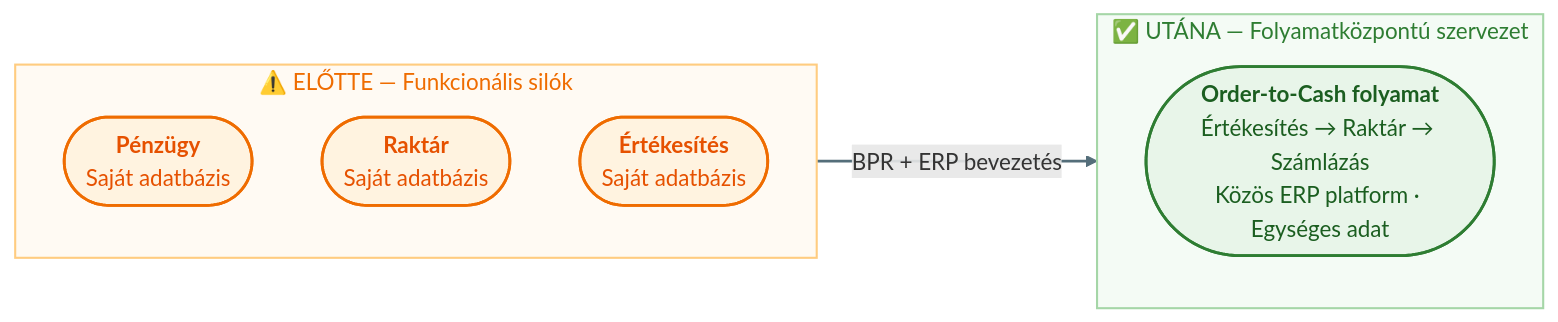
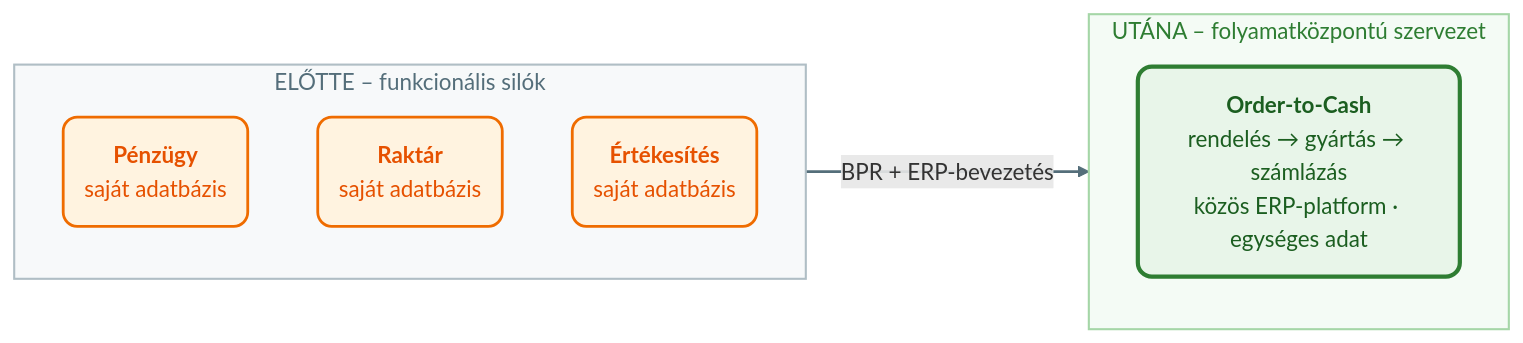
Before and after one commit to denespocsik/MM_BSC_Zarovizsga: the first of 2 diagrams in Tételek/V13-GMXIV2MBLF-ERP bevezetése és BPR.tétel.md, drawn with Mermaid. The commit also changed other lines of this file and 1 other file, not shown here.

````diff
--- a/Tételek/V13-GMXIV2MBLF-ERP bevezetése és BPR.tétel.md
+++ b/Tételek/V13-GMXIV2MBLF-ERP bevezetése és BPR.tétel.md
@@ -30,21 +64,21 @@
 ```mermaid
 flowchart LR
-    subgraph ELOTTE["⚠️  ELŐTTE — Funkcionális silók"]
+    subgraph ELOTTE["ELŐTTE – funkcionális silók"]
         direction TB
-        P(["<b>Pénzügy</b><br/>Saját adatbázis"]):::narancs
-        R(["<b>Raktár</b><br/>Saját adatbázis"]):::narancs
-        E(["<b>Értékesítés</b><br/>Saját adatbázis"]):::narancs
+        P("<b>Pénzügy</b><br/>saját adatbázis"):::narancs
+        R("<b>Raktár</b><br/>saját adatbázis"):::narancs
+        E("<b>Értékesítés</b><br/>saját adatbázis"):::narancs
     end
-    subgraph UTANA["✅  UTÁNA — Folyamatközpontú szervezet"]
-        OC(["<b>Order-to-Cash folyamat</b><br/>Értékesítés → Raktár → Számlázás<br/>Közös ERP platform · Egységes adat"]):::zold
+    subgraph UTANA["UTÁNA – folyamatközpontú szervezet"]
+        OC("<b>Order-to-Cash</b><br/>rendelés → gyártás → számlázás<br/>közös ERP-platform · egységes adat"):::zoldH
     end
-    ELOTTE -->|"BPR + ERP bevezetés"| UTANA
+    ELOTTE -->|"BPR + ERP-bevezetés"| UTANA
 
-    classDef zold    fill:#e8f5e9,stroke:#2e7d32,stroke-width:2px,color:#1b5e20,rx:10,ry:10;
     classDef narancs fill:#fff3e0,stroke:#ef6c00,stroke-width:2px,color:#e65100,rx:10,ry:10;
+    classDef zoldH   fill:#e8f5e9,stroke:#2e7d32,stroke-width:3px,color:#1b5e20,rx:10,ry:10;
 
-    style ELOTTE fill:#fffaf3,stroke:#ffcc80,stroke-width:1.5px,color:#ef6c00;
+    style ELOTTE fill:#f7f9fa,stroke:#b0bec5,stroke-width:1.5px,color:#546e7a;
     style UTANA  fill:#f4fbf5,stroke:#a5d6a7,stroke-width:1.5px,color:#2e7d32;
 
     linkStyle default stroke:#546e7a,stroke-width:2px;
 ```
````
